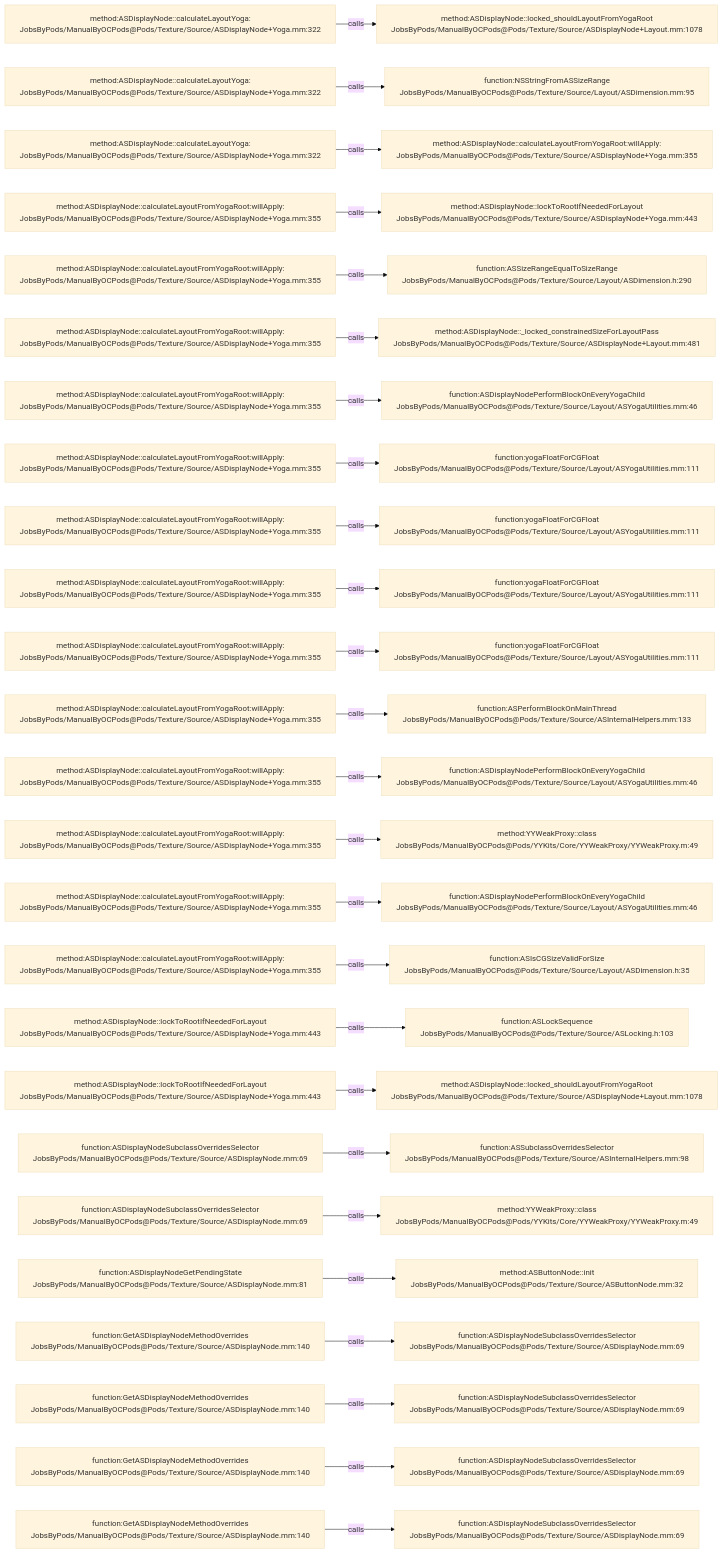
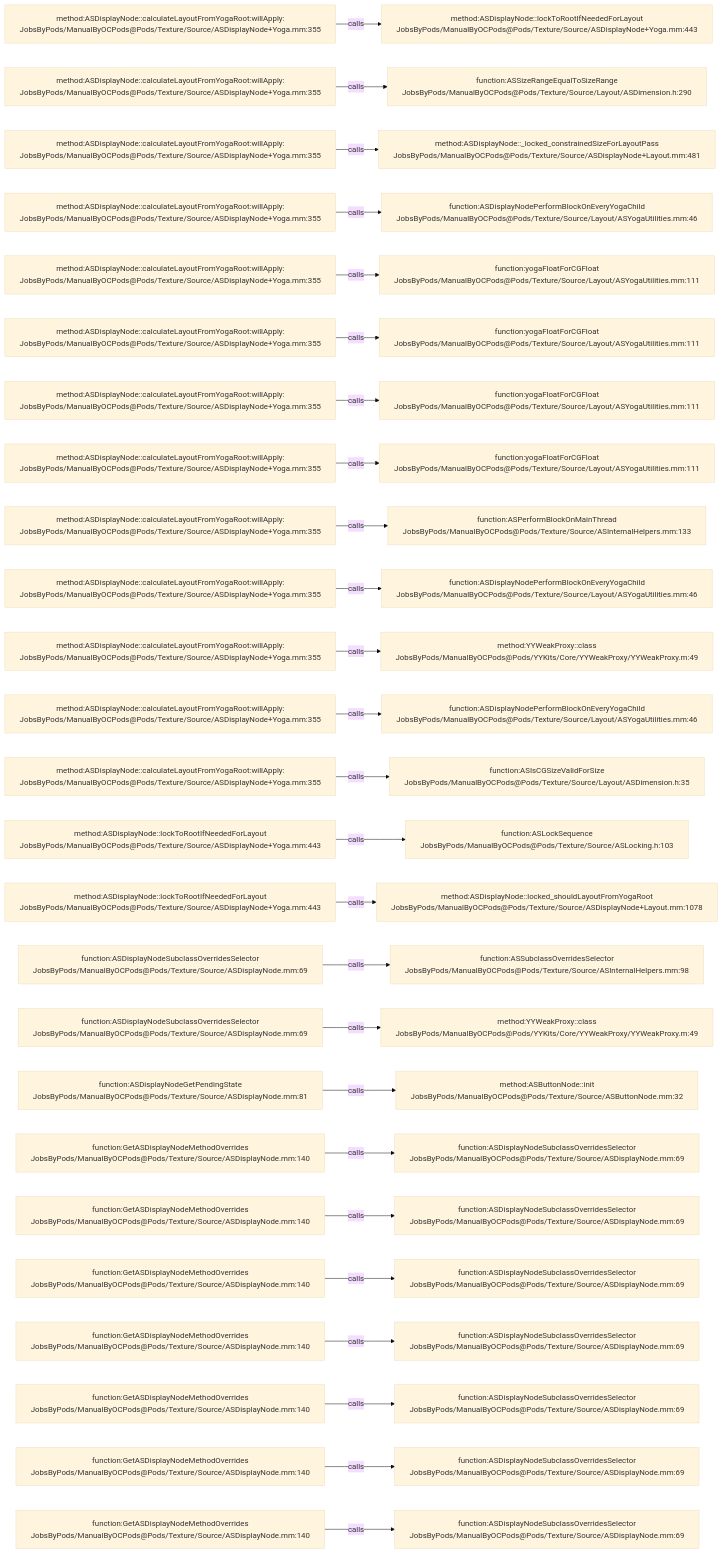
One commit to JobsKits/JobsOCBaseConfigDemo changed the diagram in .codegraph/codegraph.md/graphs/calls-097.md. Above: the diagram before and after it, drawn with Mermaid (base theme). The commit also changed 342 other files, not shown here.

````diff
--- a/.codegraph/codegraph.md/graphs/calls-097.md
+++ b/.codegraph/codegraph.md/graphs/calls-097.md
@@ -13,78 +13,78 @@
 ```mermaid
 flowchart LR
-  S1["method:ASDisplayNode::calculateLayoutYoga:<br/>JobsByPods/ManualByOCPods@Pods/Texture/Source/ASDisplayNode+Yoga.mm:322"]
-  T1["method:ASDisplayNode::locked_shouldLayoutFromYogaRoot<br/>JobsByPods/ManualByOCPods@Pods/Texture/Source/ASDisplayNode+Layout.mm:1078"]
+  S1["method:ASDisplayNode::calculateLayoutFromYogaRoot:willApply:<br/>JobsByPods/ManualByOCPods@Pods/Texture/Source/ASDisplayNode+Yoga.mm:355"]
+  T1["method:ASDisplayNode::lockToRootIfNeededForLayout<br/>JobsByPods/ManualByOCPods@Pods/Texture/Source/ASDisplayNode+Yoga.mm:443"]
   S1 -->|calls| T1
-  S2["method:ASDisplayNode::calculateLayoutYoga:<br/>JobsByPods/ManualByOCPods@Pods/Texture/Source/ASDisplayNode+Yoga.mm:322"]
-  T2["function:NSStringFromASSizeRange<br/>JobsByPods/ManualByOCPods@Pods/Texture/Source/Layout/ASDimension.mm:95"]
+  S2["method:ASDisplayNode::calculateLayoutFromYogaRoot:willApply:<br/>JobsByPods/ManualByOCPods@Pods/Texture/Source/ASDisplayNode+Yoga.mm:355"]
+  T2["function:ASSizeRangeEqualToSizeRange<br/>JobsByPods/ManualByOCPods@Pods/Texture/Source/Layout/ASDimension.h:290"]
   S2 -->|calls| T2
-  S3["method:ASDisplayNode::calculateLayoutYoga:<br/>JobsByPods/ManualByOCPods@Pods/Texture/Source/ASDisplayNode+Yoga.mm:322"]
-  T3["method:ASDisplayNode::calculateLayoutFromYogaRoot:willApply:<br/>JobsByPods/ManualByOCPods@Pods/Texture/Source/ASDisplayNode+Yoga.mm:355"]
+  S3["method:ASDisplayNode::calculateLayoutFromYogaRoot:willApply:<br/>JobsByPods/ManualByOCPods@Pods/Texture/Source/ASDisplayNode+Yoga.mm:355"]
+  T3["method:ASDisplayNode::_locked_constrainedSizeForLayoutPass<br/>JobsByPods/ManualByOCPods@Pods/Texture/Source/ASDisplayNode+Layout.mm:481"]
   S3 -->|calls| T3
   S4["method:ASDisplayNode::calculateLayoutFromYogaRoot:willApply:<br/>JobsByPods/ManualByOCPods@Pods/Texture/Source/ASDisplayNode+Yoga.mm:355"]
-  T4["method:ASDisplayNode::lockToRootIfNeededForLayout<br/>JobsByPods/ManualByOCPods@Pods/Texture/Source/ASDisplayNode+Yoga.mm:443"]
+  T4["function:ASDisplayNodePerformBlockOnEveryYogaChild<br/>JobsByPods/ManualByOCPods@Pods/Texture/Source/Layout/ASYogaUtilities.mm:46"]
   S4 -->|calls| T4
   S5["method:ASDisplayNode::calculateLayoutFromYogaRoot:willApply:<br/>JobsByPods/ManualByOCPods@Pods/Texture/Source/ASDisplayNode+Yoga.mm:355"]
-  T5["function:ASSizeRangeEqualToSizeRange<br/>JobsByPods/ManualByOCPods@Pods/Texture/Source/Layout/ASDimension.h:290"]
+  T5["function:yogaFloatForCGFloat<br/>JobsByPods/ManualByOCPods@Pods/Texture/Source/Layout/ASYogaUtilities.mm:111"]
   S5 -->|calls| T5
   S6["method:ASDisplayNode::calculateLayoutFromYogaRoot:willApply:<br/>JobsByPods/ManualByOCPods@Pods/Texture/Source/ASDisplayNode+Yoga.mm:355"]
-  T6["method:ASDisplayNode::_locked_constrainedSizeForLayoutPass<br/>JobsByPods/ManualByOCPods@Pods/Texture/Source/ASDisplayNode+Layout.mm:481"]
+  T6["function:yogaFloatForCGFloat<br/>JobsByPods/ManualByOCPods@Pods/Texture/Source/Layout/ASYogaUtilities.mm:111"]
   S6 -->|calls| T6
   S7["method:ASDisplayNode::calculateLayoutFromYogaRoot:willApply:<br/>JobsByPods/ManualByOCPods@Pods/Texture/Source/ASDisplayNode+Yoga.mm:355"]
-  T7["function:ASDisplayNodePerformBlockOnEveryYogaChild<br/>JobsByPods/ManualByOCPods@Pods/Texture/Source/Layout/ASYogaUtilities.mm:46"]
+  T7["function:yogaFloatForCGFloat<br/>JobsByPods/ManualByOCPods@Pods/Texture/Source/Layout/ASYogaUtilities.mm:111"]
   S7 -->|calls| T7
   S8["method:ASDisplayNode::calculateLayoutFromYogaRoot:willApply:<br/>JobsByPods/ManualByOCPods@Pods/Texture/Source/ASDisplayNode+Yoga.mm:355"]
   T8["function:yogaFloatForCGFloat<br/>JobsByPods/ManualByOCPods@Pods/Texture/Source/Layout/ASYogaUtilities.mm:111"]
   S8 -->|calls| T8
   S9["method:ASDisplayNode::calculateLayoutFromYogaRoot:willApply:<br/>JobsByPods/ManualByOCPods@Pods/Texture/Source/ASDisplayNode+Yoga.mm:355"]
-  T9["function:yogaFloatForCGFloat<br/>JobsByPods/ManualByOCPods@Pods/Texture/Source/Layout/ASYogaUtilities.mm:111"]
+  T9["function:ASPerformBlockOnMainThread<br/>JobsByPods/ManualByOCPods@Pods/Texture/Source/ASInternalHelpers.mm:133"]
   S9 -->|calls| T9
   S10["method:ASDisplayNode::calculateLayoutFromYogaRoot:willApply:<br/>JobsByPods/ManualByOCPods@Pods/Texture/Source/ASDisplayNode+Yoga.mm:355"]
-  T10["function:yogaFloatForCGFloat<br/>JobsByPods/ManualByOCPods@Pods/Texture/Source/Layout/ASYogaUtilities.mm:111"]
+  T10["function:ASDisplayNodePerformBlockOnEveryYogaChild<br/>JobsByPods/ManualByOCPods@Pods/Texture/Source/Layout/ASYogaUtilities.mm:46"]
   S10 -->|calls| T10
   S11["method:ASDisplayNode::calculateLayoutFromYogaRoot:willApply:<br/>JobsByPods/ManualByOCPods@Pods/Texture/Source/ASDisplayNode+Yoga.mm:355"]
-  T11["function:yogaFloatForCGFloat<br/>JobsByPods/ManualByOCPods@Pods/Texture/Source/Layout/ASYogaUtilities.mm:111"]
+  T11["method:YYWeakProxy::class<br/>JobsByPods/ManualByOCPods@Pods/YYKits/Core/YYWeakProxy/YYWeakProxy.m:49"]
   S11 -->|calls| T11
   S12["method:ASDisplayNode::calculateLayoutFromYogaRoot:willApply:<br/>JobsByPods/ManualByOCPods@Pods/Texture/Source/ASDisplayNode+Yoga.mm:355"]
-  T12["function:ASPerformBlockOnMainThread<br/>JobsByPods/ManualByOCPods@Pods/Texture/Source/ASInternalHelpers.mm:133"]
+  T12["function:ASDisplayNodePerformBlockOnEveryYogaChild<br/>JobsByPods/ManualByOCPods@Pods/Texture/Source/Layout/ASYogaUtilities.mm:46"]
   S12 -->|calls| T12
   S13["method:ASDisplayNode::calculateLayoutFromYogaRoot:willApply:<br/>JobsByPods/ManualByOCPods@Pods/Texture/Source/ASDisplayNode+Yoga.mm:355"]
-  T13["function:ASDisplayNodePerformBlockOnEveryYogaChild<br/>JobsByPods/ManualByOCPods@Pods/Texture/Source/Layout/ASYogaUtilities.mm:46"]
+  T13["function:ASIsCGSizeValidForSize<br/>JobsByPods/ManualByOCPods@Pods/Texture/Source/Layout/ASDimension.h:35"]
   S13 -->|calls| T13
-  S14["method:ASDisplayNode::calculateLayoutFromYogaRoot:willApply:<br/>JobsByPods/ManualByOCPods@Pods/Texture/Source/ASDisplayNode+Yoga.mm:355"]
-  T14["method:YYWeakProxy::class<br/>JobsByPods/ManualByOCPods@Pods/YYKits/Core/YYWeakProxy/YYWeakProxy.m:49"]
+  S14["method:ASDisplayNode::lockToRootIfNeededForLayout<br/>JobsByPods/ManualByOCPods@Pods/Texture/Source/ASDisplayNode+Yoga.mm:443"]
+  T14["function:ASLockSequence<br/>JobsByPods/ManualByOCPods@Pods/Texture/Source/ASLocking.h:103"]
   S14 -->|calls| T14
-  S15["method:ASDisplayNode::calculateLayoutFromYogaRoot:willApply:<br/>JobsByPods/ManualByOCPods@Pods/Texture/Source/ASDisplayNode+Yoga.mm:355"]
-  T15["function:ASDisplayNodePerformBlockOnEveryYogaChild<br/>JobsByPods/ManualByOCPods@Pods/Texture/Source/Layout/ASYogaUtilities.mm:46"]
+  S15["method:ASDisplayNode::lockToRootIfNeededForLayout<br/>JobsByPods/ManualByOCPods@Pods/Texture/Source/ASDisplayNode+Yoga.mm:443"]
+  T15["method:ASDisplayNode::locked_shouldLayoutFromYogaRoot<br/>JobsByPods/ManualByOCPods@Pods/Texture/Source/ASDisplayNode+Layout.mm:1078"]
   S15 -->|calls| T15
-  S16["method:ASDisplayNode::calculateLayoutFromYogaRoot:willApply:<br/>JobsByPods/ManualByOCPods@Pods/Texture/Source/ASDisplayNode+Yoga.mm:355"]
-  T16["function:ASIsCGSizeValidForSize<br/>JobsByPods/ManualByOCPods@Pods/Texture/Source/Layout/ASDimension.h:35"]
+  S16["function:ASDisplayNodeSubclassOverridesSelector<br/>JobsByPods/ManualByOCPods@Pods/Texture/Source/ASDisplayNode.mm:69"]
+  T16["function:ASSubclassOverridesSelector<br/>JobsByPods/ManualByOCPods@Pods/Texture/Source/ASInternalHelpers.mm:98"]
   S16 -->|calls| T16
-  S17["method:ASDisplayNode::lockToRootIfNeededForLayout<br/>JobsByPods/ManualByOCPods@Pods/Texture/Source/ASDisplayNode+Yoga.mm:443"]
-  T17["function:ASLockSequence<br/>JobsByPods/ManualByOCPods@Pods/Texture/Source/ASLocking.h:103"]
+  S17["function:ASDisplayNodeSubclassOverridesSelector<br/>JobsByPods/ManualByOCPods@Pods/Texture/Source/ASDisplayNode.mm:69"]
+  T17["method:YYWeakProxy::class<br/>JobsByPods/ManualByOCPods@Pods/YYKits/Core/YYWeakProxy/YYWeakProxy.m:49"]
   S17 -->|calls| T17
-  S18["method:ASDisplayNode::lockToRootIfNeededForLayout<br/>JobsByPods/ManualByOCPods@Pods/Texture/Source/ASDisplayNode+Yoga.mm:443"]
-  T18["method:ASDisplayNode::locked_shouldLayoutFromYogaRoot<br/>JobsByPods/ManualByOCPods@Pods/Texture/Source/ASDisplayNode+Layout.mm:1078"]
+  S18["function:ASDisplayNodeGetPendingState<br/>JobsByPods/ManualByOCPods@Pods/Texture/Source/ASDisplayNode.mm:81"]
+  T18["method:ASButtonNode::init<br/>JobsByPods/ManualByOCPods@Pods/Texture/Source/ASButtonNode.mm:32"]
   S18 -->|calls| T18
-  S19["function:ASDisplayNodeSubclassOverridesSelector<br/>JobsByPods/ManualByOCPods@Pods/Texture/Source/ASDisplayNode.mm:69"]
-  T19["function:ASSubclassOverridesSelector<br/>JobsByPods/ManualByOCPods@Pods/Texture/Source/ASInternalHelpers.mm:98"]
+  S19["function:GetASDisplayNodeMethodOverrides<br/>JobsByPods/ManualByOCPods@Pods/Texture/Source/ASDisplayNode.mm:140"]
+  T19["function:ASDisplayNodeSubclassOverridesSelector<br/>JobsByPods/ManualByOCPods@Pods/Texture/Source/ASDisplayNode.mm:69"]
   S19 -->|calls| T19
-  S20["function:ASDisplayNodeSubclassOverridesSelector<br/>JobsByPods/ManualByOCPods@Pods/Texture/Source/ASDisplayNode.mm:69"]
-  T20["method:YYWeakProxy::class<br/>JobsByPods/ManualByOCPods@Pods/YYKits/Core/YYWeakProxy/YYWeakProxy.m:49"]
+  S20["function:GetASDisplayNodeMethodOverrides<br/>JobsByPods/ManualByOCPods@Pods/Texture/Source/ASDisplayNode.mm:140"]
+  T20["function:ASDisplayNodeSubclassOverridesSelector<br/>JobsByPods/ManualByOCPods@Pods/Texture/Source/ASDisplayNode.mm:69"]
   S20 -->|calls| T20
-  S21["function:ASDisplayNodeGetPendingState<br/>JobsByPods/ManualByOCPods@Pods/Texture/Source/ASDisplayNode.mm:81"]
-  T21["method:ASButtonNode::init<br/>JobsByPods/ManualByOCPods@Pods/Texture/Source/ASButtonNode.mm:32"]
+  S21["function:GetASDisplayNodeMethodOverrides<br/>JobsByPods/ManualByOCPods@Pods/Texture/Source/ASDisplayNode.mm:140"]
+  T21["function:ASDisplayNodeSubclassOverridesSelector<br/>JobsByPods/ManualByOCPods@Pods/Texture/Source/ASDisplayNode.mm:69"]
   S21 -->|calls| T21
   S22["function:GetASDisplayNodeMethodOverrides<br/>JobsByPods/ManualByOCPods@Pods/Texture/Source/ASDisplayNode.mm:140"]
   T22["function:ASDisplayNodeSubclassOverridesSelector<br/>JobsByPods/ManualByOCPods@Pods/Texture/Source/ASDisplayNode.mm:69"]
   S22 -->|calls| T22
   S23["function:GetASDisplayNodeMethodOverrides<br/>JobsByPods/ManualByOCPods@Pods/Texture/Source/ASDisplayNode.mm:140"]
   T23["function:ASDisplayNodeSubclassOverridesSelector<br/>JobsByPods/ManualByOCPods@Pods/Texture/Source/ASDisplayNode.mm:69"]
   S23 -->|calls| T23
   S24["function:GetASDisplayNodeMethodOverrides<br/>JobsByPods/ManualByOCPods@Pods/Texture/Source/ASDisplayNode.mm:140"]
   T24["function:ASDisplayNodeSubclassOverridesSelector<br/>JobsByPods/ManualByOCPods@Pods/Texture/Source/ASDisplayNode.mm:69"]
   S24 -->|calls| T24
   S25["function:GetASDisplayNodeMethodOverrides<br/>JobsByPods/ManualByOCPods@Pods/Texture/Source/ASDisplayNode.mm:140"]
   T25["function:ASDisplayNodeSubclassOverridesSelector<br/>JobsByPods/ManualByOCPods@Pods/Texture/Source/ASDisplayNode.mm:69"]
   S25 -->|calls| T25
 ```
````
